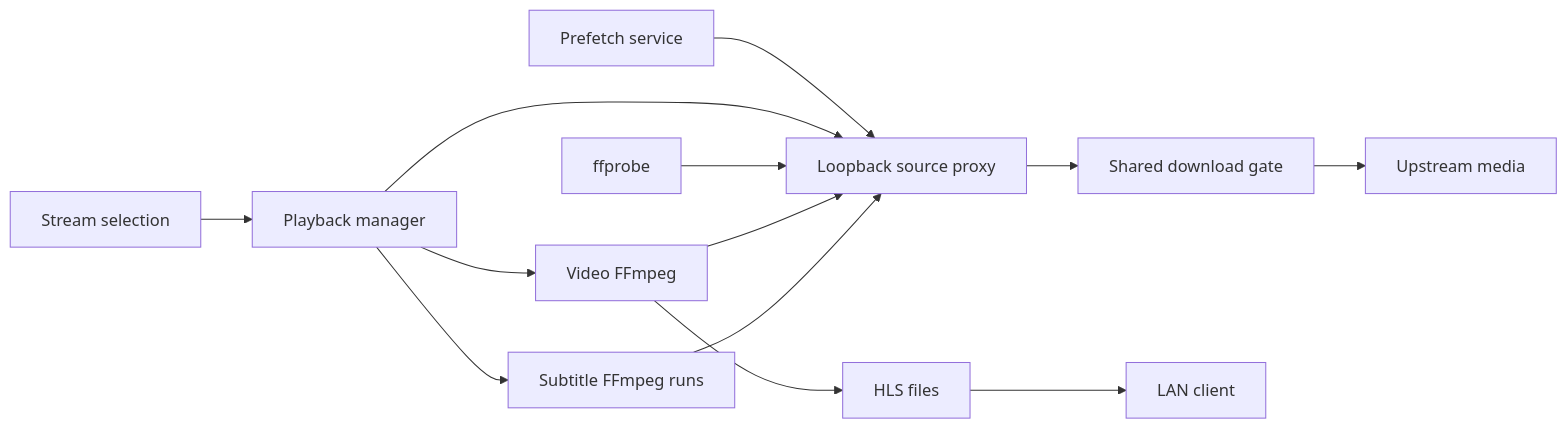
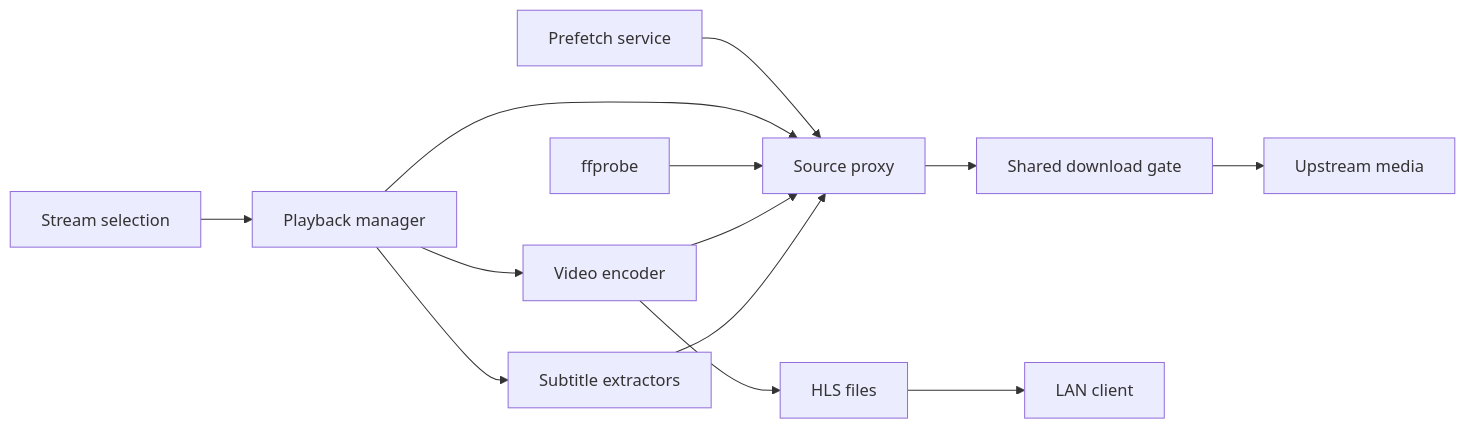
Before and after one commit to VeroxAUS/homestream: the diagram in droid-wiki/systems/index.md, drawn with Mermaid. The commit also changed other lines of this file and 54 other files, not shown here.

````diff
--- a/droid-wiki/systems/index.md
+++ b/droid-wiki/systems/index.md
@@ -20,15 +20,15 @@
 ```mermaid
-flowchart LR
+graph LR
     Selection[Stream selection] --> Manager[Playback manager]
-    Prefetch[Prefetch service] --> Proxy[Loopback source proxy]
+    Prefetch[Prefetch service] --> Proxy[Source proxy]
     Manager --> Proxy
-    Manager --> Encoder[Video FFmpeg]
-    Manager --> Subs[Subtitle FFmpeg runs]
+    Manager --> Encoder[Video encoder]
+    Manager --> Subs[Subtitle extractors]
     Probe[ffprobe] --> Proxy
     Encoder --> Proxy
     Subs --> Proxy
     Proxy --> Gate[Shared download gate]
     Gate --> Upstream[Upstream media]
     Encoder --> Files[HLS files]
     Files --> Client[LAN client]
 ```
````
